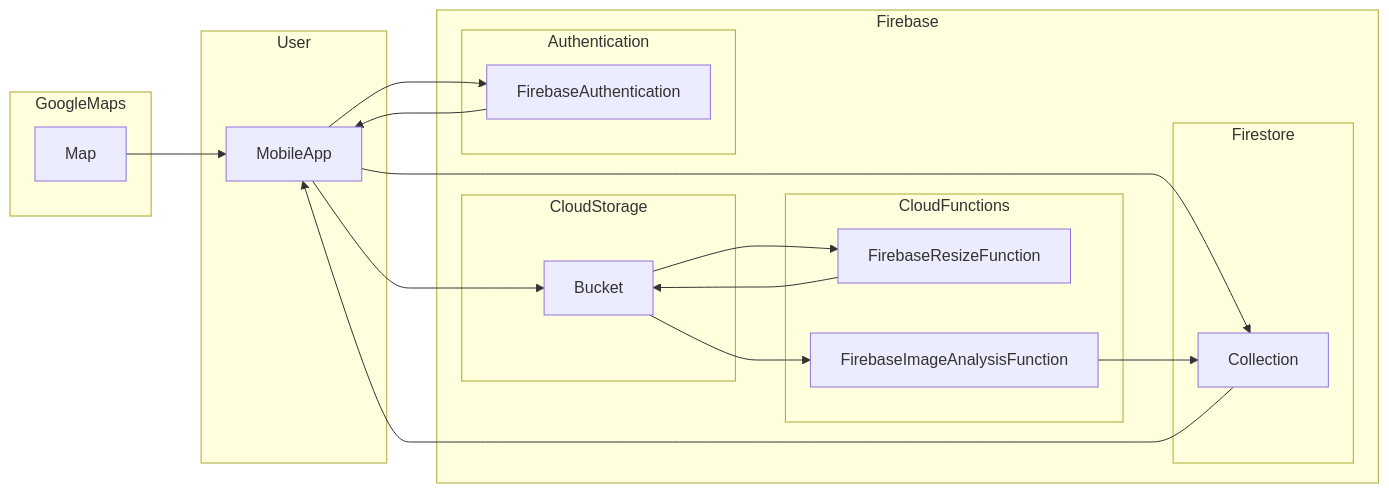
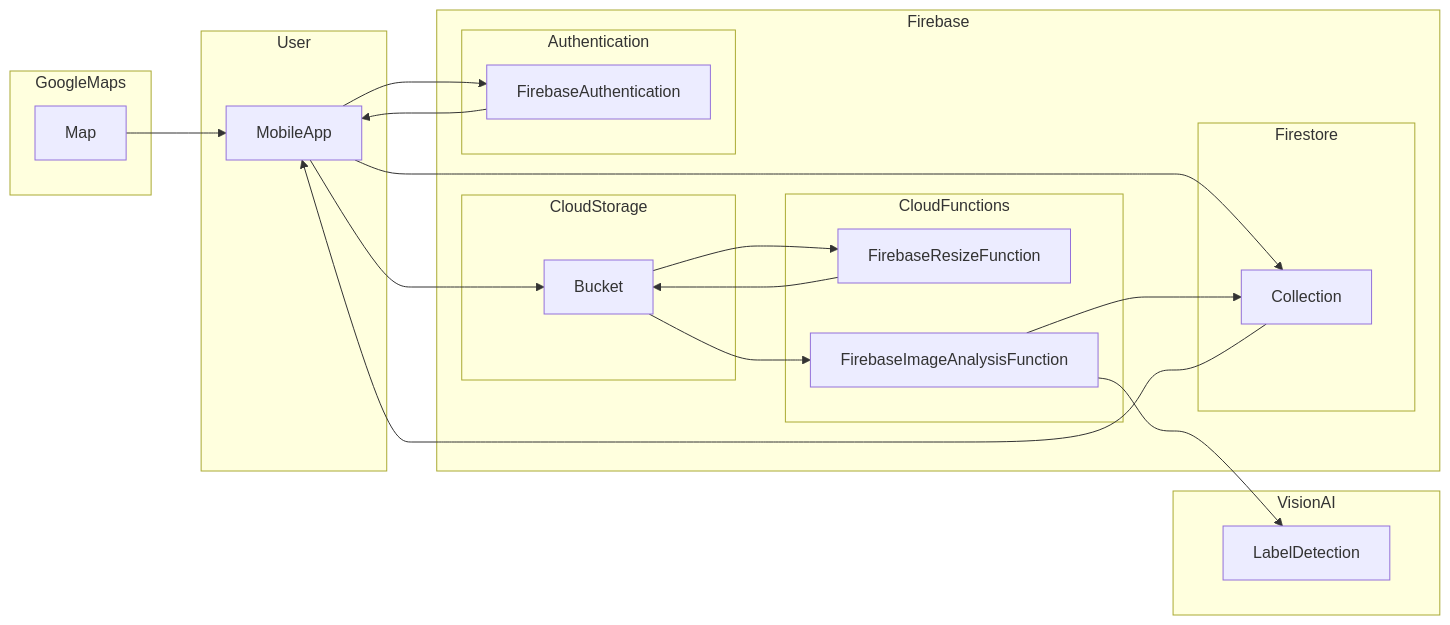
The diagram in README.md (zorrokid/nature-photos), drawn with Mermaid before and after one commit.

Commit message:
update architecture diagram

````diff
--- a/README.md
+++ b/README.md
@@ -19,40 +19,45 @@
 ```mermaid
 graph LR
 
   subgraph User
     MobileApp
   end
 
   subgraph GoogleMaps
     Map
+  end
+
+  subgraph VisionAI
+    LabelDetection
   end
 
   subgraph Firebase
     subgraph CloudStorage
        Bucket 
     end
     subgraph Firestore
        Collection 
     end
 
     subgraph CloudFunctions
       FirebaseResizeFunction
       FirebaseImageAnalysisFunction
     end
 
     subgraph Authentication
       FirebaseAuthentication
     end
   end
 
   MobileApp --> Bucket 
   Collection --> MobileApp 
   MobileApp --> Collection
   MobileApp --> FirebaseAuthentication
   Map --> MobileApp
   FirebaseAuthentication --> MobileApp
   Bucket --> FirebaseResizeFunction
   FirebaseResizeFunction --> Bucket 
   Bucket --> FirebaseImageAnalysisFunction
   FirebaseImageAnalysisFunction --> Collection 
+  FirebaseImageAnalysisFunction --> LabelDetection
 ```
````
